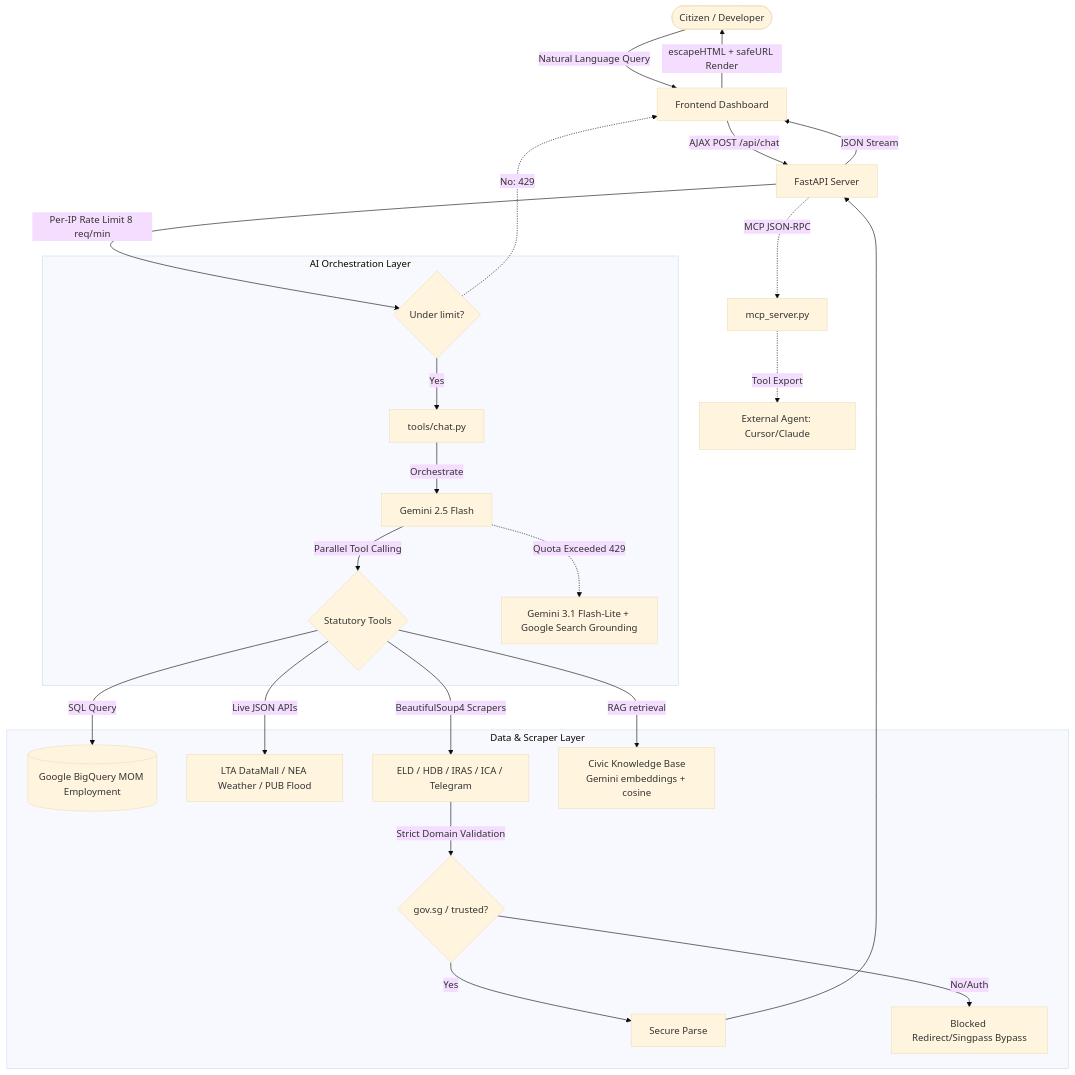
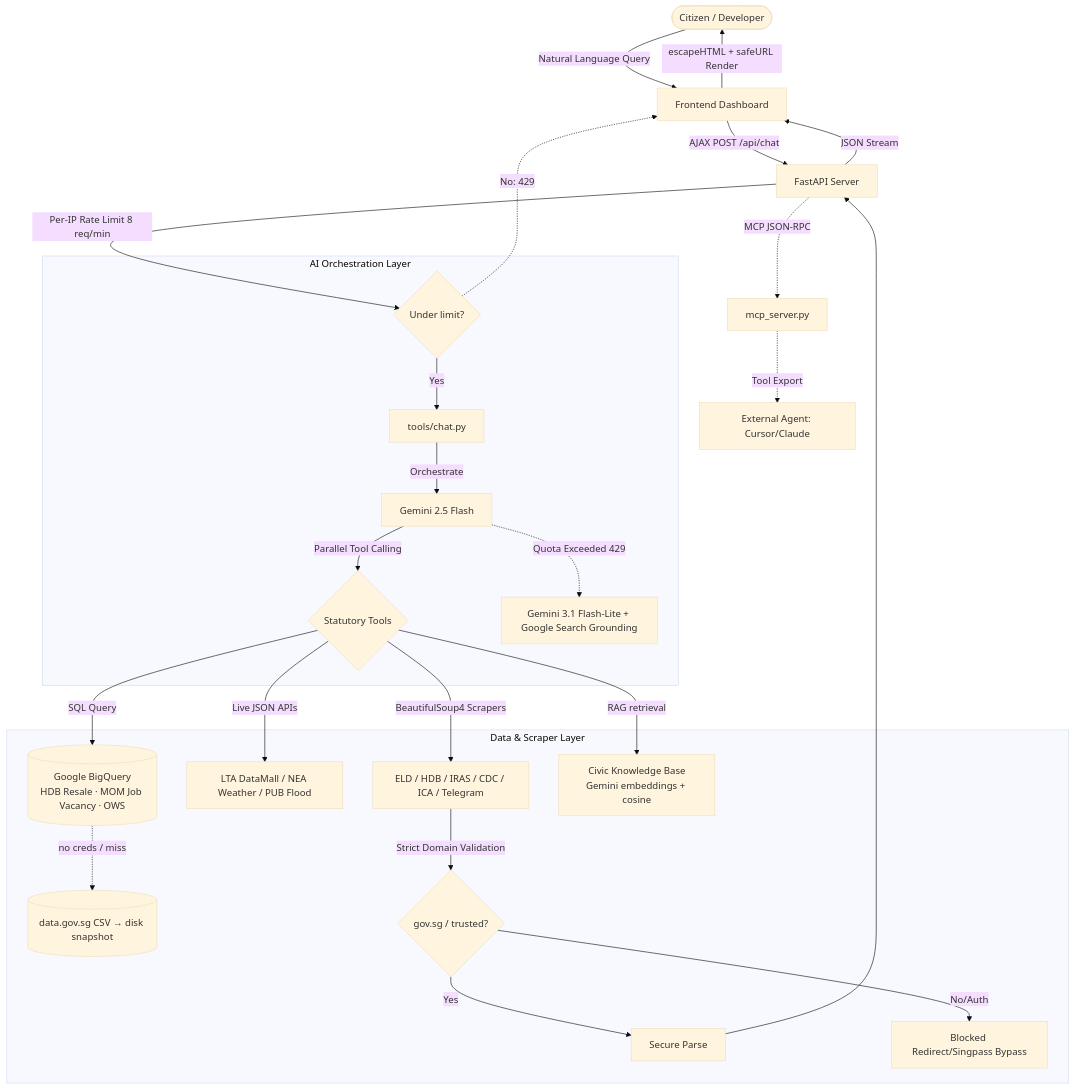
One commit to leshweyeewin/merlion-os changed the diagram in README.md. Above: the diagram before and after it, drawn with Mermaid (base theme). The commit also changed other lines of this file and 3 other files, not shown here.

Commit message:
docs: add project documentation for quickstart, changelog, and data sources while updating README architecture diagrams

````diff
--- a/README.md
+++ b/README.md
@@ -32,30 +32,31 @@
 ```mermaid
 graph TD
     User([Citizen / Developer]) -->|Natural Language Query| UI[Frontend Dashboard]
     UI -->|AJAX POST /api/chat| Server[FastAPI Server]
     Server -->|Per-IP Rate Limit 8 req/min| RateLimit{Under limit?}
     RateLimit -.->|No: 429| UI
 
     subgraph AI Orchestration Layer
         RateLimit -->|Yes| Chat[tools/chat.py]
         Chat -->|Orchestrate| Gemini[Gemini 2.5 Flash]
         Gemini -->|Parallel Tool Calling| Tools{Statutory Tools}
         Gemini -.->|Quota Exceeded 429| Fallback[Gemini 3.1 Flash-Lite + Google Search Grounding]
     end
 
     subgraph Data & Scraper Layer
-        Tools -->|SQL Query| BQ[(Google BigQuery MOM Employment)]
+        Tools -->|SQL Query| BQ[(Google BigQuery<br/>HDB Resale · MOM Job Vacancy · OWS)]
+        BQ -.->|no creds / miss| GOV[(data.gov.sg CSV → disk snapshot)]
         Tools -->|Live JSON APIs| APIS[LTA DataMall / NEA Weather / PUB Flood]
-        Tools -->|BeautifulSoup4 Scrapers| Scrapers[ELD / HDB / IRAS / ICA / Telegram]
+        Tools -->|BeautifulSoup4 Scrapers| Scrapers[ELD / HDB / IRAS / CDC / ICA / Telegram]
         Tools -->|RAG retrieval| KB[Civic Knowledge Base<br/>Gemini embeddings + cosine]
         Scrapers -->|Strict Domain Validation| Validate{gov.sg / trusted?}
         Validate -->|Yes| Fetch[Secure Parse]
         Validate -->|No/Auth| Block[Blocked Redirect/Singpass Bypass]
     end
 
     Fetch --> Server
     Server -->|JSON Stream| UI
     UI -->|escapeHTML + safeURL Render| User
     Server -.->|MCP JSON-RPC| FastMCP[mcp_server.py]
     FastMCP -.->|Tool Export| Cursor[External Agent: Cursor/Claude]
 ```
````
